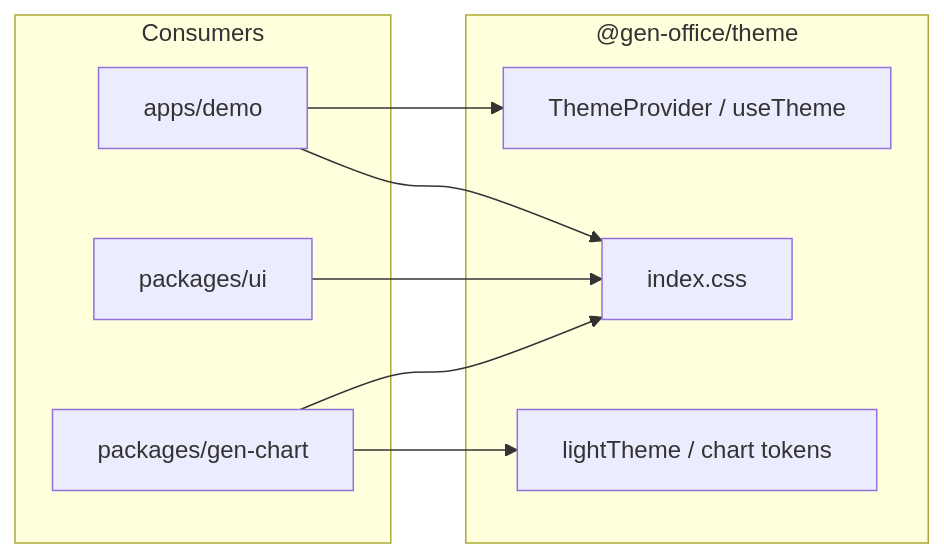
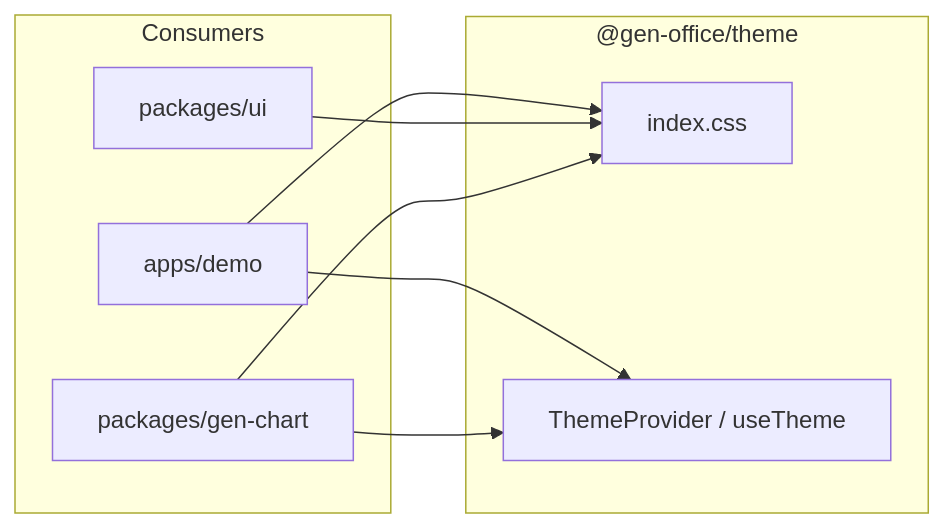
Before and after one commit to truerain/genoffice-v2: the fifth of 6 diagrams in packages/theme/.docs/architecture.md, drawn with Mermaid. The commit also changed other lines of this file and 26 other files, not shown here.

````diff
--- a/packages/theme/.docs/architecture.md
+++ b/packages/theme/.docs/architecture.md
@@ -184,18 +219,17 @@
 ```mermaid
 flowchart LR
   subgraph consumers ["Consumers"]
     DEMO["apps/demo"]
     UI["packages/ui"]
     CHART["packages/gen-chart"]
   end
 
   subgraph theme_pkg ["@gen-office/theme"]
     CSS["index.css"]
     API["ThemeProvider / useTheme"]
-    PRE["lightTheme / chart tokens"]
   end
 
   DEMO --> CSS & API
   UI --> CSS
-  CHART --> PRE & CSS
+  CHART --> CSS & API
 ```
````
